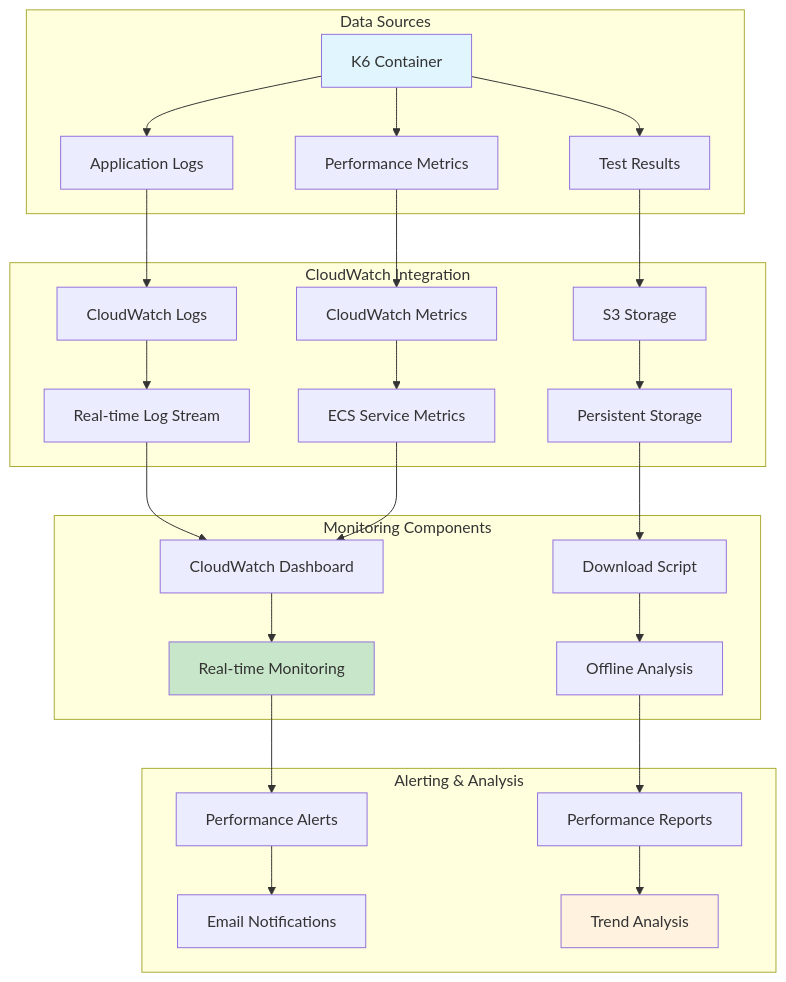
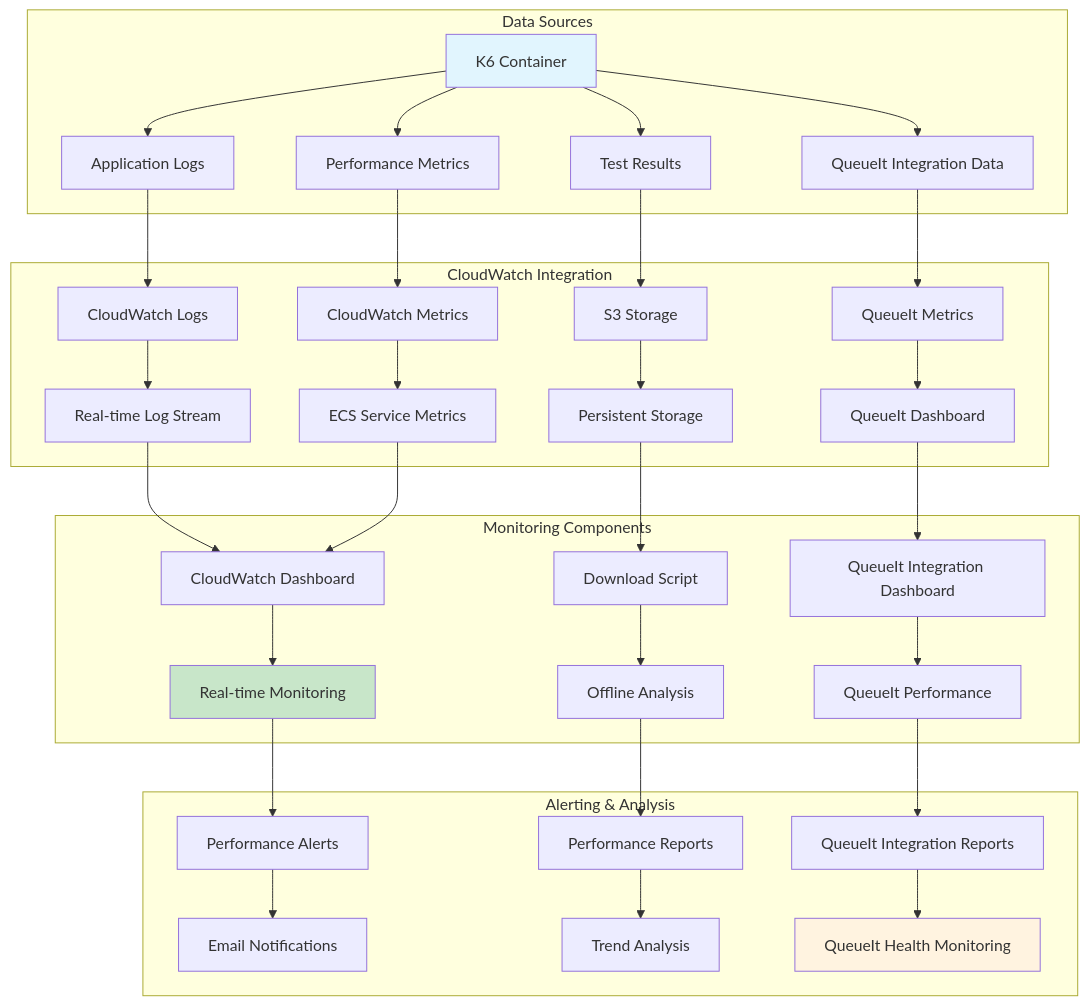
One commit to stprojects3006/aflow-app changed the eighth of 8 diagrams in testing-projects/iploads-with-k6-container/FLOWCHARTS.md. Above: the diagram before and after it, drawn with Mermaid. The commit also changed other lines of this file and 39 other files, not shown here.

````diff
--- a/testing-projects/iploads-with-k6-container/FLOWCHARTS.md
+++ b/testing-projects/iploads-with-k6-container/FLOWCHARTS.md
@@ -531,39 +654,46 @@
 ```mermaid
 flowchart TD
     subgraph "Data Sources"
         A[K6 Container] --> B[Application Logs]
         A --> C[Performance Metrics]
         A --> D[Test Results]
+        A --> E[QueueIt Integration Data]
     end
     
     subgraph "CloudWatch Integration"
-        B --> E[CloudWatch Logs]
-        C --> F[CloudWatch Metrics]
-        D --> G[S3 Storage]
+        B --> F[CloudWatch Logs]
+        C --> G[CloudWatch Metrics]
+        D --> H[S3 Storage]
+        E --> I[QueueIt Metrics]
         
-        E --> H[Real-time Log Stream]
-        F --> I[ECS Service Metrics]
-        G --> J[Persistent Storage]
+        F --> J[Real-time Log Stream]
+        G --> K[ECS Service Metrics]
+        H --> L[Persistent Storage]
+        I --> M[QueueIt Dashboard]
     end
     
     subgraph "Monitoring Components"
-        H --> K[CloudWatch Dashboard]
-        I --> K
-        J --> L[Download Script]
+        J --> N[CloudWatch Dashboard]
+        K --> N
+        L --> O[Download Script]
+        M --> P[QueueIt Integration Dashboard]
         
-        K --> M[Real-time Monitoring]
-        L --> N[Offline Analysis]
+        N --> Q[Real-time Monitoring]
+        O --> R[Offline Analysis]
+        P --> S[QueueIt Performance]
     end
     
     subgraph "Alerting & Analysis"
-        M --> O[Performance Alerts]
-        N --> P[Performance Reports]
+        Q --> T[Performance Alerts]
+        R --> U[Performance Reports]
+        S --> V[QueueIt Integration Reports]
         
-        O --> Q[Email Notifications]
-        P --> R[Trend Analysis]
+        T --> W[Email Notifications]
+        U --> X[Trend Analysis]
+        V --> Y[QueueIt Health Monitoring]
     end
     
     style A fill:#e1f5fe
-    style M fill:#c8e6c9
-    style R fill:#fff3e0
+    style Q fill:#c8e6c9
+    style Y fill:#fff3e0
 ```
````
